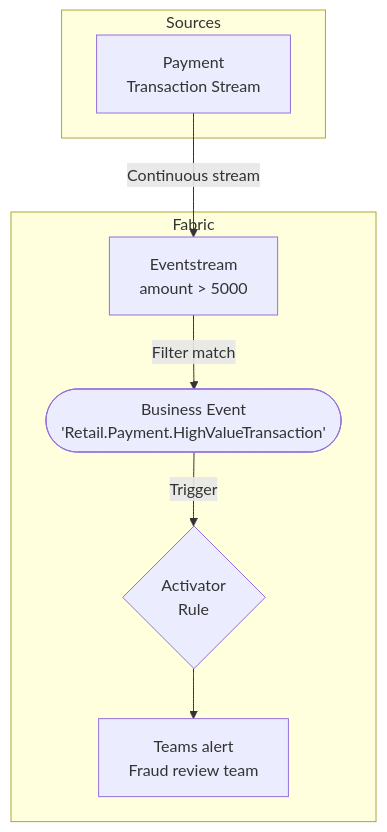
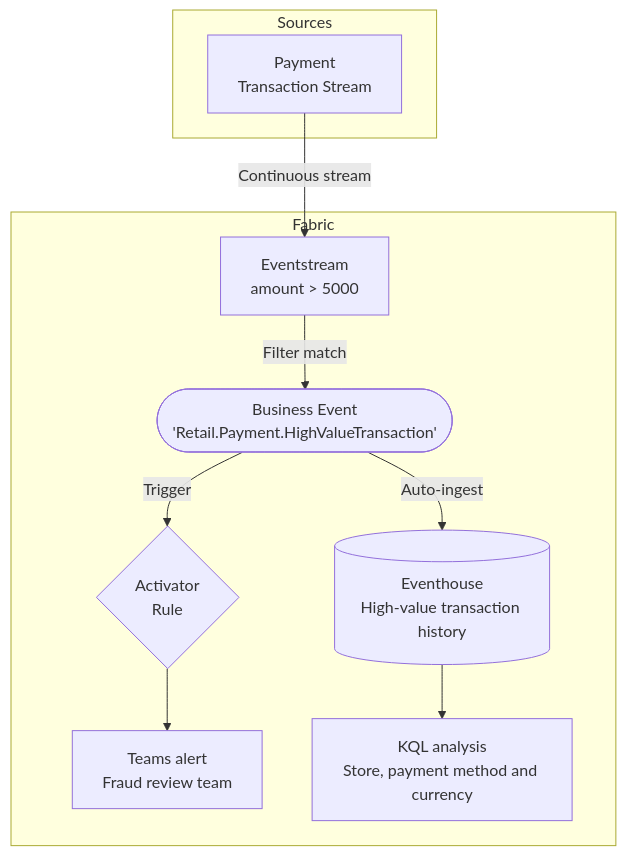
One commit to microsoft/fabric-events changed the first of 2 diagrams in docs/business-events/scenarios/real-time-stream-alert.md. Above: the diagram before and after it, drawn with Mermaid. The commit also changed other lines of this file and 15 other files, not shown here.

````diff
--- a/docs/business-events/scenarios/real-time-stream-alert.md
+++ b/docs/business-events/scenarios/real-time-stream-alert.md
@@ -19,18 +19,22 @@
 ```mermaid
 flowchart TB
     subgraph Sources
         PS[Payment\nTransaction Stream]
     end
 
     subgraph Fabric
         ES[Eventstream\namount > 5000]
         BE([Business Event\n'Retail.Payment.HighValueTransaction'])
         ACT{Activator\nRule}
         TEAMS[Teams alert\nFraud review team]
+        EH[(Eventhouse\nHigh-value transaction history)]
+        KQL[KQL analysis\nStore, payment method and currency]
     end
 
     PS -->|Continuous stream| ES
     ES -->|Filter match| BE
     BE -->|Trigger| ACT
     ACT --> TEAMS
+    BE -->|Auto-ingest| EH
+    EH --> KQL
 ```
````
